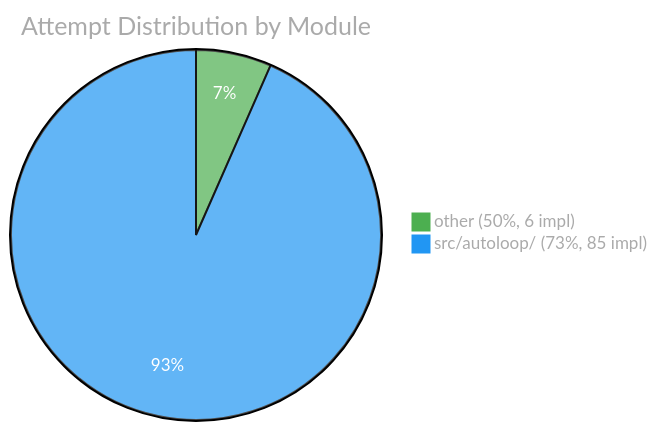
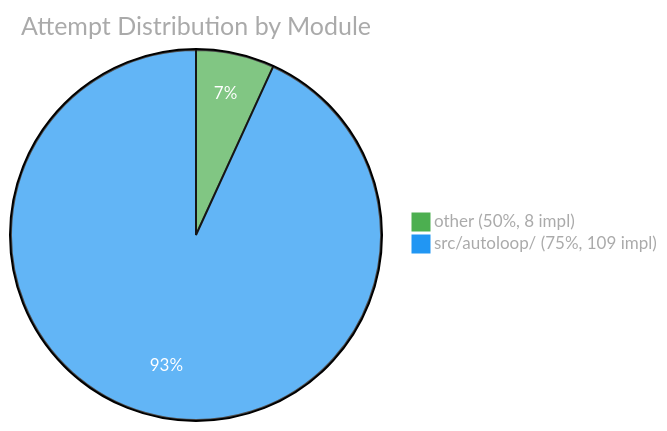
One commit to Sanctum-Origo-Systems/autoloop changed the third of 3 diagrams in EVAL.md. Above: the diagram before and after it, drawn with Mermaid. The commit also changed other lines of this file and 1 other file, not shown here.

````diff
--- a/EVAL.md
+++ b/EVAL.md
@@ -54,6 +56,6 @@
 ```mermaid
 %%{init: {'theme': 'base', 'themeVariables': {'pie1': '#4CAF50', 'pie2': '#2196F3', 'pie3': '#FF9800', 'pie4': '#E91E63', 'pie5': '#9C27B0', 'pie6': '#00BCD4', 'pieTitleTextColor': '#aaa', 'pieLegendTextColor': '#aaa', 'pieSectionTextColor': '#fff'}}}%%
 pie title Attempt Distribution by Module
-    "other (50%, 6 impl)" : 6
-    "src/autoloop/ (73%, 85 impl)" : 85
+    "other (50%, 8 impl)" : 8
+    "src/autoloop/ (75%, 109 impl)" : 109
 ```
````
